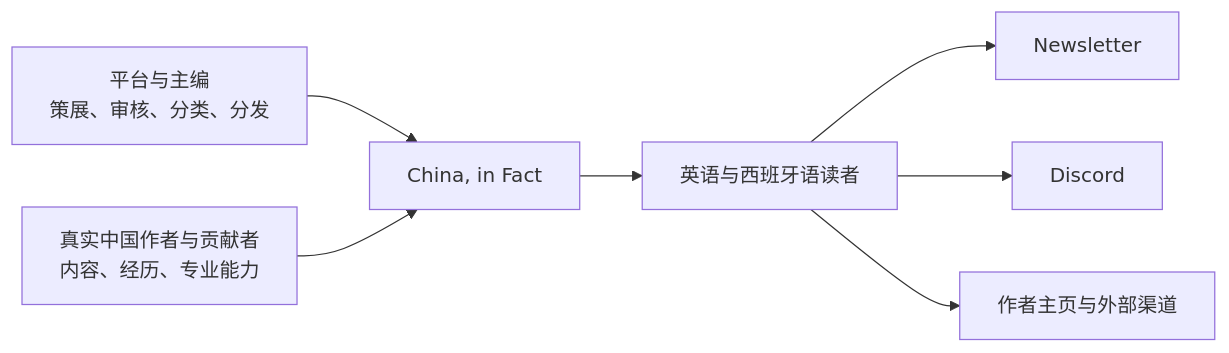
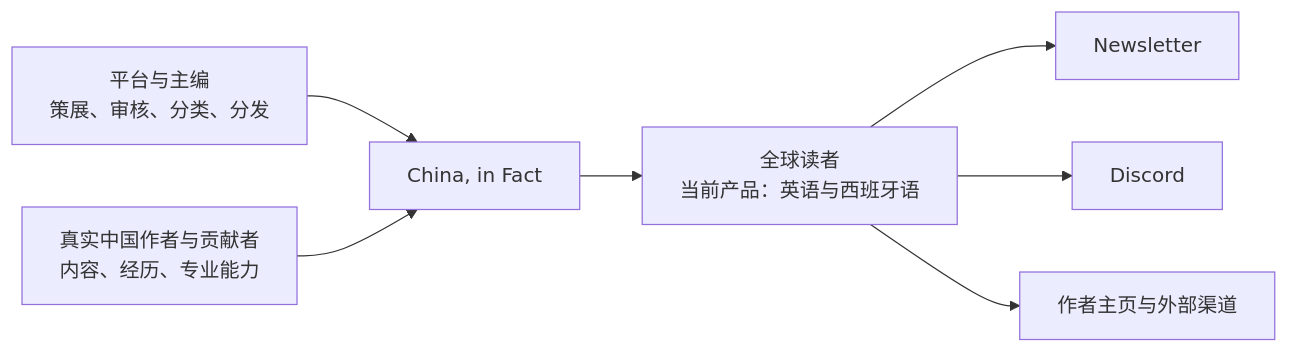
The diagram in README.md (lonelyreader/chinaknowledge), drawn with Mermaid before and after one commit. The commit also changed other lines of this file and 4 other files, not shown here.

````diff
--- a/README.md
+++ b/README.md
@@ -9,9 +11,9 @@
 ```mermaid
 flowchart LR
     E["平台与主编<br/>策展、审核、分类、分发"] --> H["China, in Fact"]
     A["真实中国作者与贡献者<br/>内容、经历、专业能力"] --> H
-    H --> R["英语与西班牙语读者"]
+    H --> R["全球读者<br/>当前产品：英语与西班牙语"]
     R --> N["Newsletter"]
     R --> D["Discord"]
     R --> P["作者主页与外部渠道"]
 ```
````
